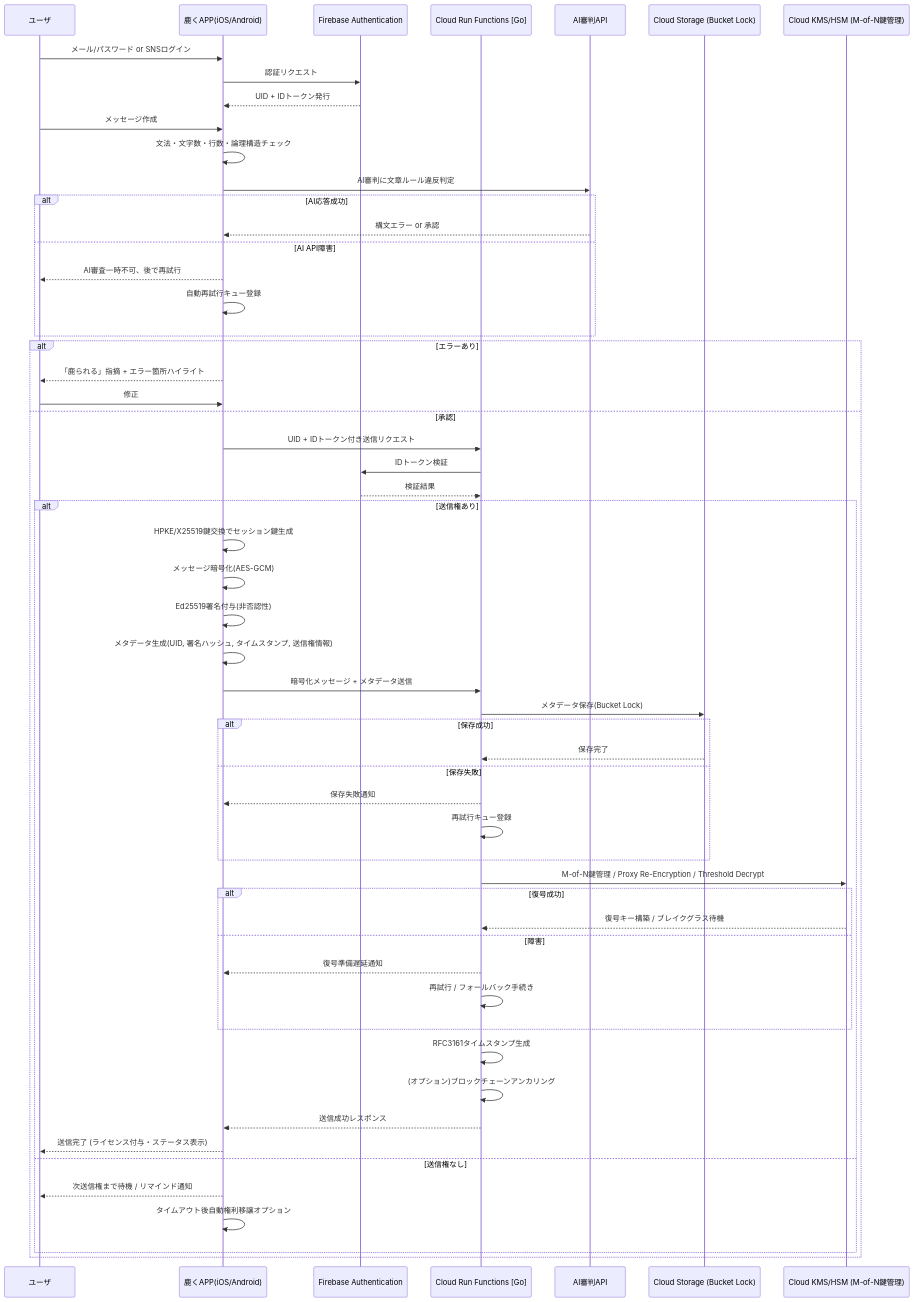
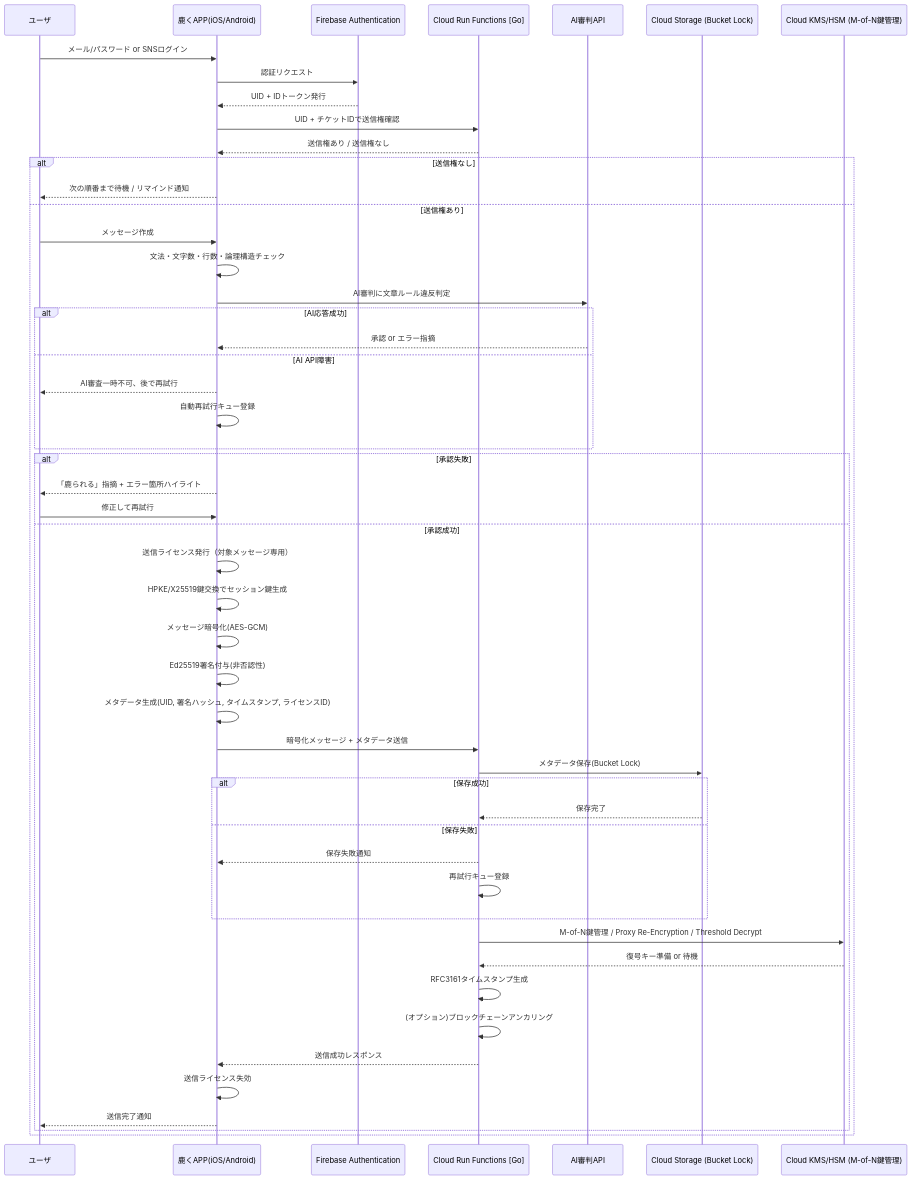
Before and after one commit to 4hoe8pow/jokes: the diagram in src/pages/projects/shikaku.md, drawn with Mermaid. The commit also changed other lines of this file, not shown here.

````diff
--- a/src/pages/projects/shikaku.md
+++ b/src/pages/projects/shikaku.md
@@ -73,74 +84,71 @@
 ```mermaid
 sequenceDiagram
     participant Human as ユーザ
     participant Client as 鹿くAPP(iOS/Android)
     participant Firebase as Firebase Authentication
     participant CRF as Cloud Run Functions [Go]
     participant AI as AI審判API
     participant WORM as Cloud Storage (Bucket Lock)
     participant HSM as Cloud KMS/HSM (M-of-N鍵管理)
 
     %% ユーザ認証
     Human->>Client: メール/パスワード or SNSログイン
     Client->>Firebase: 認証リクエスト
     Firebase-->>Client: UID + IDトークン発行
 
-    %% メッセージ作成
-    Human->>Client: メッセージ作成
-    Client->>Client: 文法・文字数・行数・論理構造チェック
-    Client->>AI: AI審判に文章ルール違反判定
-    alt AI応答成功
-        AI-->>Client: 構文エラー or 承認
-    else AI API障害
-        Client-->>Human: AI審査一時不可、後で再試行
-        Client->>Client: 自動再試行キュー登録
-    end
+    %% 送信権確認
+    Client->>CRF: UID + チケットIDで送信権確認
+    CRF-->>Client: 送信権あり / 送信権なし
 
-    alt エラーあり
-        Client-->>Human: 「鹿られる」指摘 + エラー箇所ハイライト
-        Human->>Client: 修正
-    else 承認
-        Client->>CRF: UID + IDトークン付き送信リクエスト
-        CRF->>Firebase: IDトークン検証
-        Firebase-->>CRF: 検証結果
+    alt 送信権なし
+        Client-->>Human: 次の順番まで待機 / リマインド通知
+    else 送信権あり
+        %% メッセージ作成
+        Human->>Client: メッセージ作成
+        Client->>Client: 文法・文字数・行数・論理構造チェック
+        Client->>AI: AI審判に文章ルール違反判定
+        alt AI応答成功
+            AI-->>Client: 承認 or エラー指摘
+        else AI API障害
+            Client-->>Human: AI審査一時不可、後で再試行
+            Client->>Client: 自動再試行キュー登録
+        end
 
-        alt 送信権あり
+        alt 承認失敗
+            Client-->>Human: 「鹿られる」指摘 + エラー箇所ハイライト
+            Human->>Client: 修正して再試行
+        else 承認成功
+            %% 承認＝送信ライセンス付与
+            Client->>Client: 送信ライセンス発行（対象メッセージ専用）
+
             %% クライアント暗号化・署名
             Client->>Client: HPKE/X25519鍵交換でセッション鍵生成
             Client->>Client: メッセージ暗号化(AES-GCM)
             Client->>Client: Ed25519署名付与(非否認性)
-            Client->>Client: メタデータ生成(UID, 署名ハッシュ, タイムスタンプ, 送信権情報)
+            Client->>Client: メタデータ生成(UID, 署名ハッシュ, タイムスタンプ, ライセンスID)
 
             %% メタデータ保存
             Client->>CRF: 暗号化メッセージ + メタデータ送信
             CRF->>WORM: メタデータ保存(Bucket Lock)
             alt 保存成功
                 WORM-->>CRF: 保存完了
             else 保存失敗
                 CRF-->>Client: 保存失敗通知
                 CRF->>CRF: 再試行キュー登録
             end
 
             %% HSM処理
             CRF->>HSM: M-of-N鍵管理 / Proxy Re-Encryption / Threshold Decrypt
-            alt 復号成功
-                HSM-->>CRF: 復号キー構築 / ブレイクグラス待機
-            else 障害
-                CRF-->>Client: 復号準備遅延通知
-                CRF->>CRF: 再試行 / フォールバック手続き
-            end
+            HSM-->>CRF: 復号キー準備 or 待機
 
             %% タイムスタンプ・オプションでブロックチェーン
             CRF->>CRF: RFC3161タイムスタンプ生成
             CRF->>CRF: (オプション)ブロックチェーンアンカリング
 
             %% クライアント通知
             CRF-->>Client: 送信成功レスポンス
-            Client-->>Human: 送信完了 (ライセンス付与・ステータス表示)
-
-        else 送信権なし
-            Client-->>Human: 次送信権まで待機 / リマインド通知
-            Client->>Client: タイムアウト後自動権利移譲オプション
+            Client->>Client: 送信ライセンス失効
+            Client-->>Human: 送信完了通知
         end
     end
 ```
````
